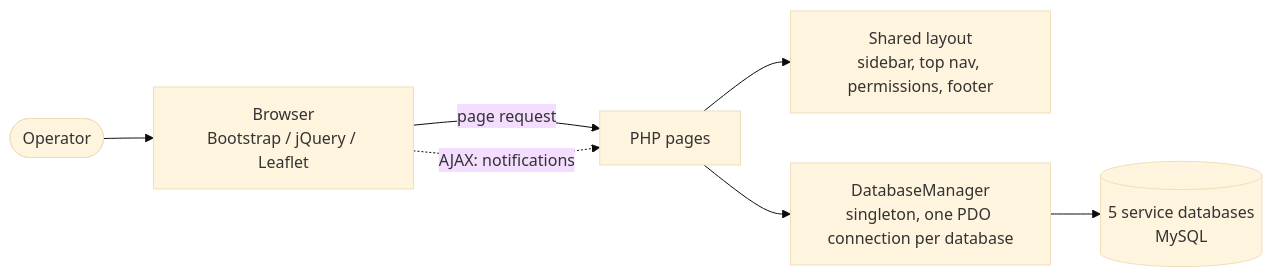
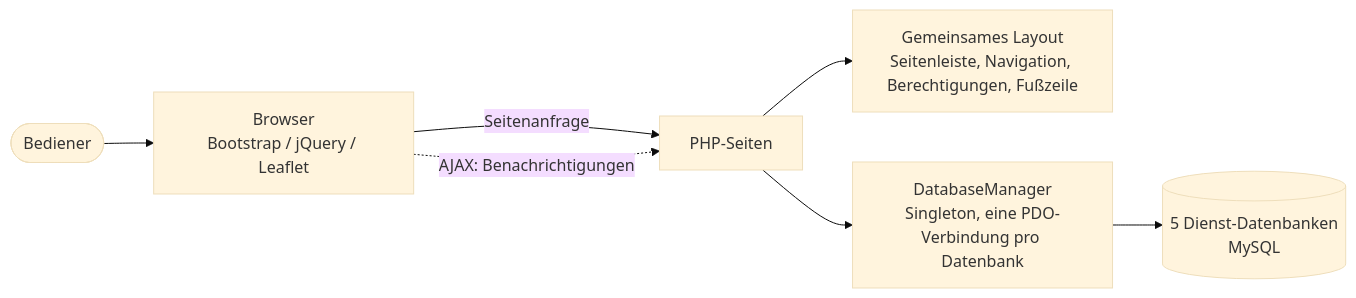
One commit to El-Tousy/weather-monitoring-dashboard changed the diagram in README.md. Above: the diagram before and after it, drawn with Mermaid (base theme). The commit also changed other lines of this file, not shown here.

````diff
--- a/README.md
+++ b/README.md
@@ -110,9 +110,9 @@
 ```mermaid
 flowchart LR
-    U([Operator]) --> B[Browser<br/>Bootstrap / jQuery / Leaflet]
-    B -->|page request| P[PHP pages]
-    B -.->|AJAX: notifications| P
-    P --> L[Shared layout<br/>sidebar, top nav, permissions, footer]
-    P --> M[DatabaseManager<br/>singleton, one PDO connection per database]
-    M --> D[(5 service databases<br/>MySQL)]
+    U([Bediener]) --> B[Browser<br/>Bootstrap / jQuery / Leaflet]
+    B -->|Seitenanfrage| P[PHP-Seiten]
+    B -.->|AJAX: Benachrichtigungen| P
+    P --> L[Gemeinsames Layout<br/>Seitenleiste, Navigation, Berechtigungen, Fußzeile]
+    P --> M[DatabaseManager<br/>Singleton, eine PDO-Verbindung pro Datenbank]
+    M --> D[(5 Dienst-Datenbanken<br/>MySQL)]
 ```
````
